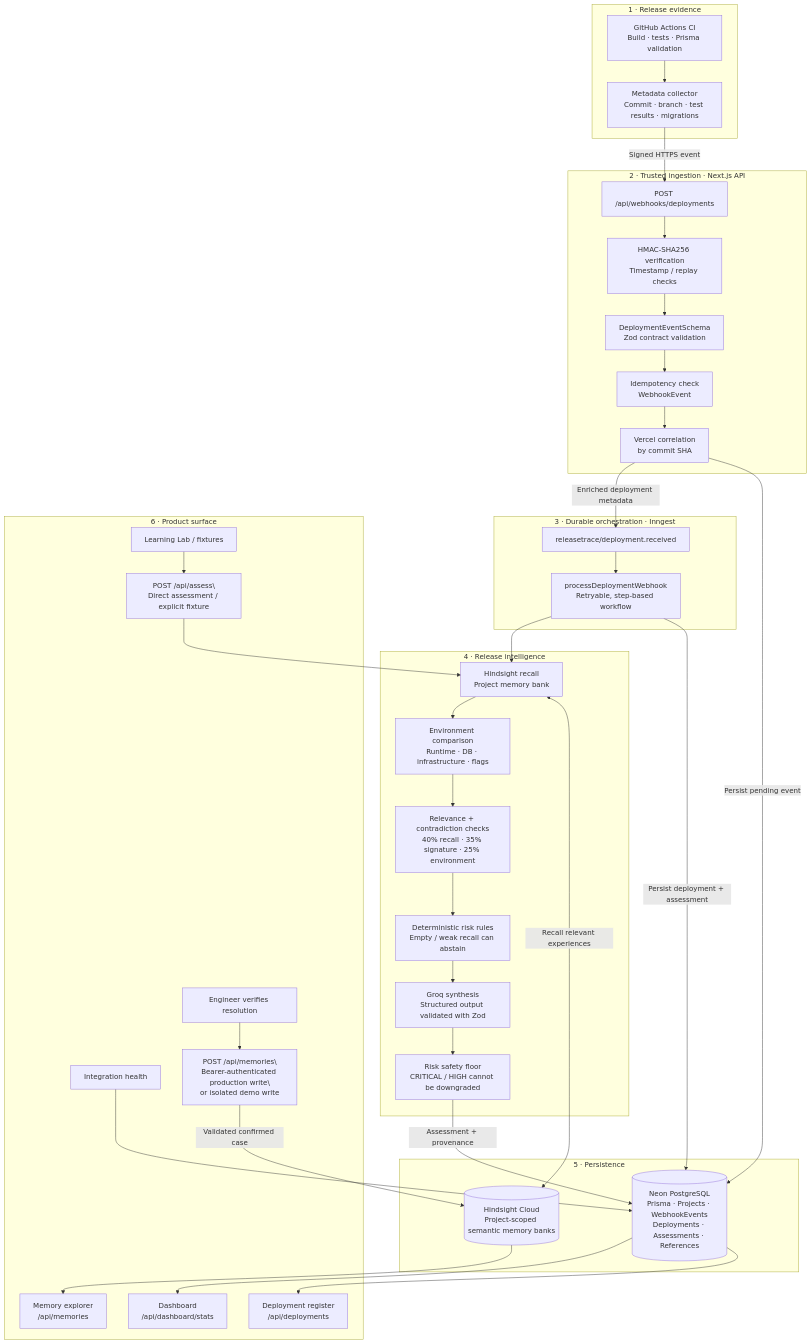
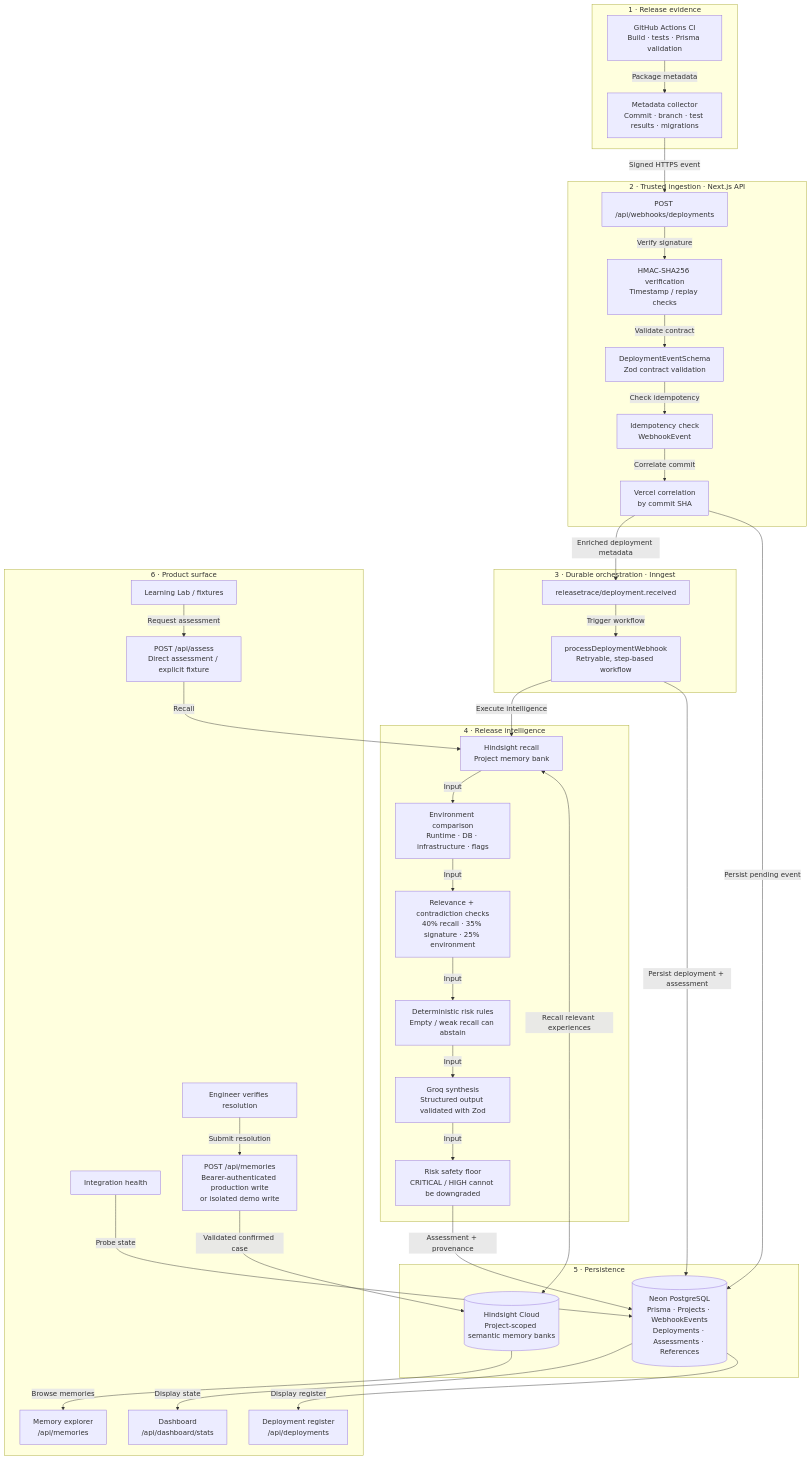
Before and after one commit to amrit-verse/ReleaseTrace: the first of 3 diagrams in docs/architecture/ARCHITECTURE.md, drawn with Mermaid. The commit also changed other lines of this file and 4 other files, not shown here.

Commit message:
docs: fix Mermaid diagrams, add sequence diagram, polish README

````diff
--- a/docs/architecture/ARCHITECTURE.md
+++ b/docs/architecture/ARCHITECTURE.md
@@ -11,63 +11,72 @@
 ```mermaid
 flowchart TB
   subgraph SOURCES["1 · Release evidence"]
-    GHA["GitHub Actions CI\nBuild · tests · Prisma validation"]
-    META["Metadata collector\nCommit · branch · test results · migrations"]
-    GHA --> META
+    GHA["GitHub Actions CI<br/>Build · tests · Prisma validation"]
+    META["Metadata collector<br/>Commit · branch · test results · migrations"]
+    GHA -->|"Package metadata"| META
   end
 
   subgraph INGEST["2 · Trusted ingestion · Next.js API"]
     WH["POST /api/webhooks/deployments"]
-    SIG["HMAC-SHA256 verification\nTimestamp / replay checks"]
-    CONTRACT["DeploymentEventSchema\nZod contract validation"]
-    DEDUP["Idempotency check\nWebhookEvent"]
-    VERCEL["Vercel correlation\nby commit SHA"]
-    WH --> SIG --> CONTRACT --> DEDUP --> VERCEL
+    SIG["HMAC-SHA256 verification<br/>Timestamp / replay checks"]
+    CONTRACT["DeploymentEventSchema<br/>Zod contract validation"]
+    DEDUP["Idempotency check<br/>WebhookEvent"]
+    VERCEL["Vercel correlation<br/>by commit SHA"]
+    WH -->|"Verify signature"| SIG
+    SIG -->|"Validate contract"| CONTRACT
+    CONTRACT -->|"Check idempotency"| DEDUP
+    DEDUP -->|"Correlate commit"| VERCEL
   end
 
   subgraph DURABLE["3 · Durable orchestration · Inngest"]
     EVENT["releasetrace/deployment.received"]
-    PROCESS["processDeploymentWebhook\nRetryable, step-based workflow"]
-    EVENT --> PROCESS
+    PROCESS["processDeploymentWebhook<br/>Retryable, step-based workflow"]
+    EVENT -->|"Trigger workflow"| PROCESS
   end
 
   subgraph INTEL["4 · Release intelligence"]
-    RECALL["Hindsight recall\nProject memory bank"]
-    COMPARE["Environment comparison\nRuntime · DB · infrastructure · flags"]
-    RELEVANCE["Relevance + contradiction checks\n40% recall · 35% signature · 25% environment"]
-    RULES["Deterministic risk rules\nEmpty / weak recall can abstain"]
-    GROQ["Groq synthesis\nStructured output validated with Zod"]
-    SAFETY["Risk safety floor\nCRITICAL / HIGH cannot be downgraded"]
-    RECALL --> COMPARE --> RELEVANCE --> RULES --> GROQ --> SAFETY
+    RECALL["Hindsight recall<br/>Project memory bank"]
+    COMPARE["Environment comparison<br/>Runtime · DB · infrastructure · flags"]
+    RELEVANCE["Relevance + contradiction checks<br/>40% recall · 35% signature · 25% environment"]
+    RULES["Deterministic risk rules<br/>Empty / weak recall can abstain"]
+    GROQ["Groq synthesis<br/>Structured output validated with Zod"]
+    SAFETY["Risk safety floor<br/>CRITICAL / HIGH cannot be downgraded"]
+    RECALL -->|"Input"| COMPARE
+    COMPARE -->|"Input"| RELEVANCE
+    RELEVANCE -->|"Input"| RULES
+    RULES -->|"Input"| GROQ
+    GROQ -->|"Input"| SAFETY
   end
 
   subgraph DATA["5 · Persistence"]
-    NEON[("Neon PostgreSQL\nPrisma · Projects · WebhookEvents\nDeployments · Assessments · References")]
-    HINDSIGHT[("Hindsight Cloud\nProject-scoped semantic memory banks")]
+    NEON[("Neon PostgreSQL<br/>Prisma · Projects · WebhookEvents<br/>Deployments · Assessments · References")]
+    HINDSIGHT[("Hindsight Cloud<br/>Project-scoped semantic memory banks")]
   end
 
   subgraph PRODUCT["6 · Product surface"]
-    DASH["Dashboard\n/api/dashboard/stats"]
-    DEPLOYS["Deployment register\n/api/deployments"]
-    MEM["Memory explorer\n/api/memories"]
+    DASH["Dashboard<br/>/api/dashboard/stats"]
+    DEPLOYS["Deployment register<br/>/api/deployments"]
+    MEM["Memory explorer<br/>/api/memories"]
     HEALTH["Integration health"]
     LAB["Learning Lab / fixtures"]
     RESOLVE["Engineer verifies resolution"]
-    MEMAPI["POST /api/memories\\nBearer-authenticated production write\\nor isolated demo write"]
-    ASSESSAPI["POST /api/assess\\nDirect assessment / explicit fixture"]
+    MEMAPI["POST /api/memories<br/>Bearer-authenticated production write<br/>or isolated demo write"]
+    ASSESSAPI["POST /api/assess<br/>Direct assessment / explicit fixture"]
   end
 
   META -->|"Signed HTTPS event"| WH
   VERCEL -->|"Enriched deployment metadata"| EVENT
   VERCEL -->|"Persist pending event"| NEON
-  PROCESS --> RECALL
+  PROCESS -->|"Execute intelligence"| RECALL
   PROCESS -->|"Persist deployment + assessment"| NEON
   RECALL <-->|"Recall relevant experiences"| HINDSIGHT
   SAFETY -->|"Assessment + provenance"| NEON
-  NEON --> DASH
-  NEON --> DEPLOYS
-  HINDSIGHT --> MEM
-  HEALTH --> NEON
-  RESOLVE --> MEMAPI -->|"Validated confirmed case"| HINDSIGHT
-  LAB --> ASSESSAPI --> RECALL
+  NEON -->|"Display state"| DASH
+  NEON -->|"Display register"| DEPLOYS
+  HINDSIGHT -->|"Browse memories"| MEM
+  HEALTH -->|"Probe state"| NEON
+  RESOLVE -->|"Submit resolution"| MEMAPI
+  MEMAPI -->|"Validated confirmed case"| HINDSIGHT
+  LAB -->|"Request assessment"| ASSESSAPI
+  ASSESSAPI -->|"Recall"| RECALL
 ```
````
